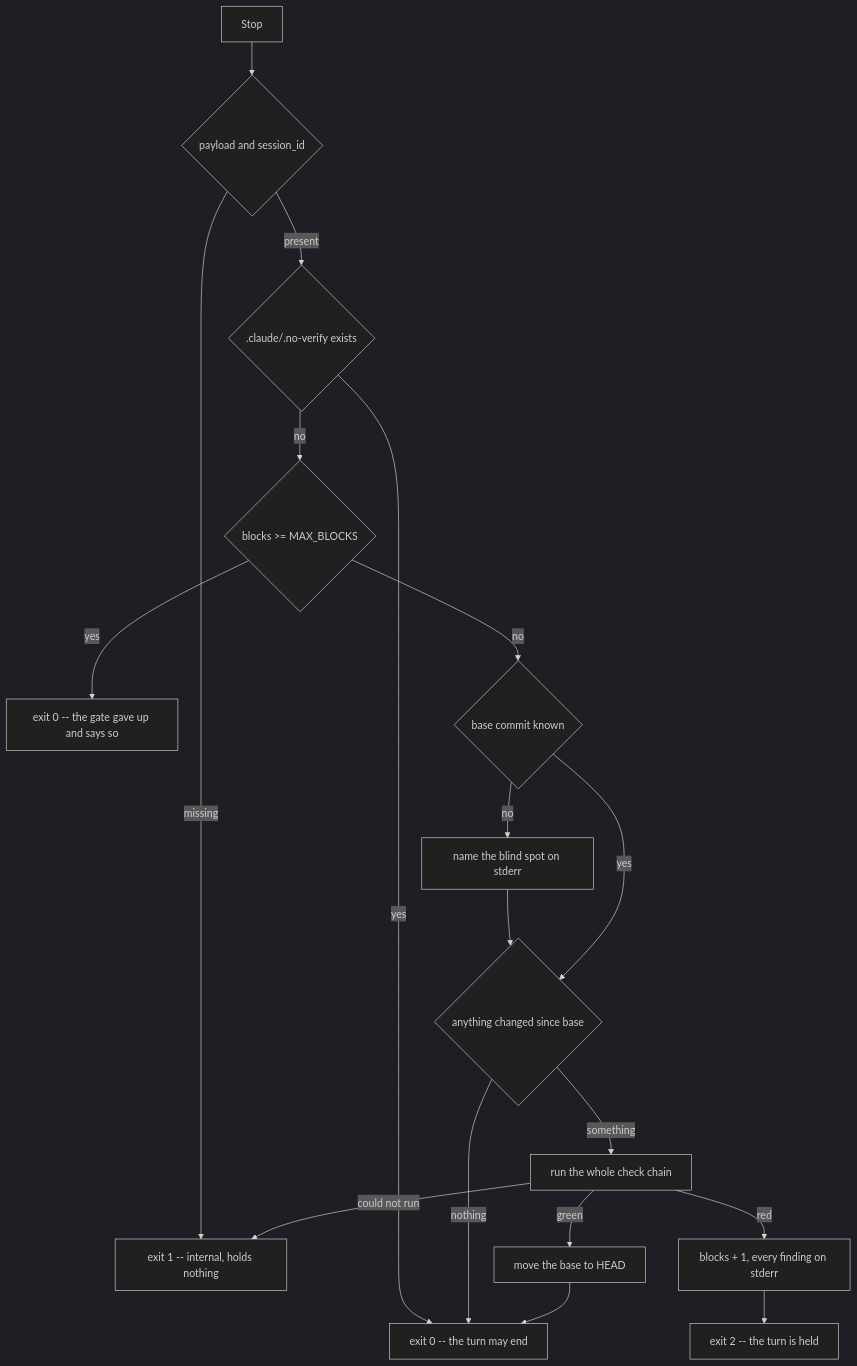
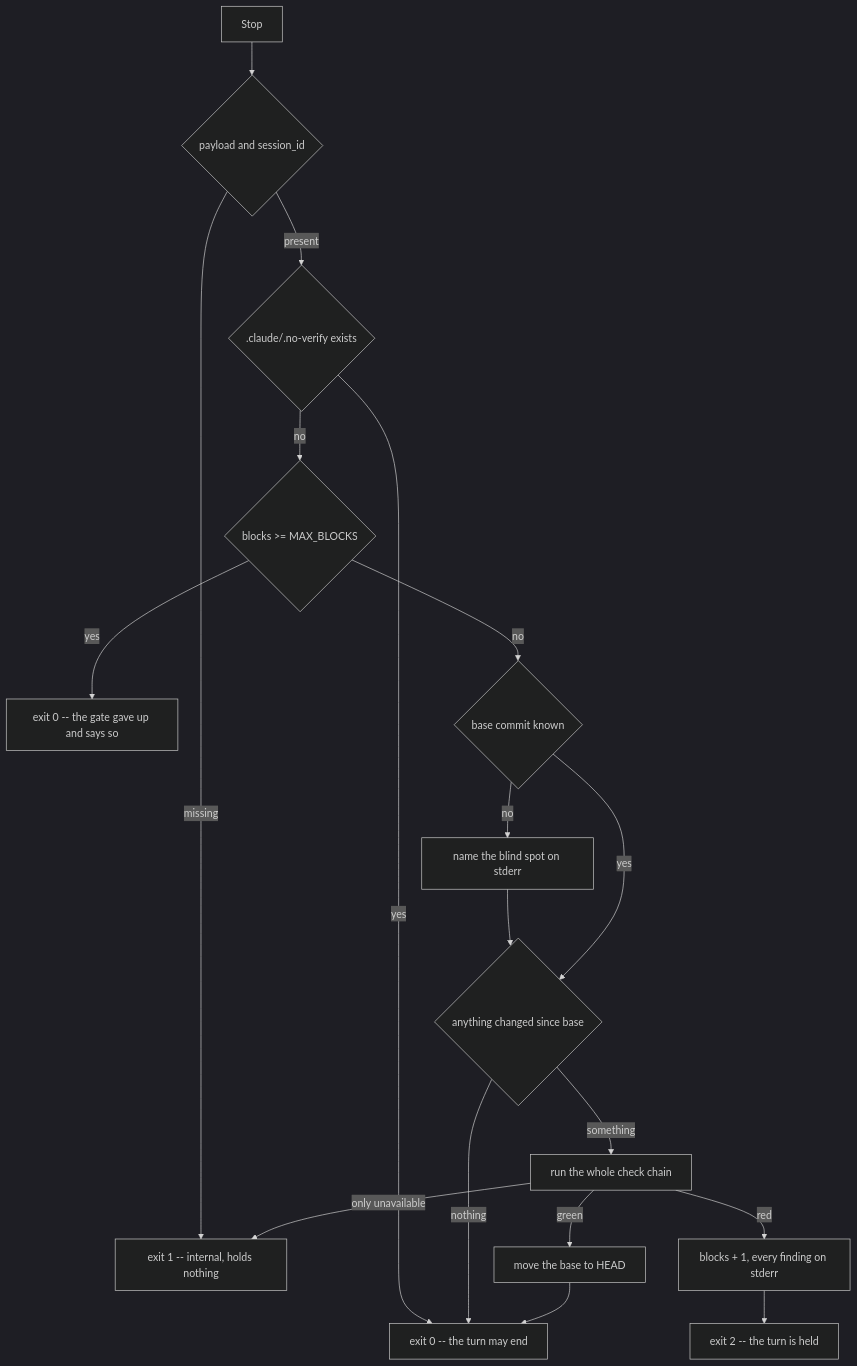
One commit to xidus90/ultra-loom changed the diagram in docs/abläufe/session-hooks.de.md. Above: the diagram before and after it, drawn with Mermaid (dark theme). The commit also changed other lines of this file and 8 other files, not shown here.

````diff
--- a/docs/abläufe/session-hooks.de.md
+++ b/docs/abläufe/session-hooks.de.md
@@ -29,20 +29,20 @@
 ```mermaid
 flowchart TD
     event["Stop"] --> payload{"payload and session_id"}
     payload -->|missing| internal["exit 1 -- internal, holds nothing"]
     payload -->|present| marker{".claude/.no-verify exists"}
     marker -->|yes| pass["exit 0 -- the turn may end"]
     marker -->|no| counter{"blocks >= MAX_BLOCKS"}
     counter -->|yes| gaveup["exit 0 -- the gate gave up and says so"]
     counter -->|no| base{"base commit known"}
     base -->|no| warn["name the blind spot on stderr"]
     warn --> diff
     base -->|yes| diff{"anything changed since base"}
     diff -->|nothing| pass
     diff -->|something| chain["run the whole check chain"]
     chain -->|green| advance["move the base to HEAD"]
     advance --> pass
     chain -->|red| block["blocks + 1, every finding on stderr"]
     block --> held["exit 2 -- the turn is held"]
-    chain -->|could not run| internal
+    chain -->|only unavailable| internal
 ```
````
